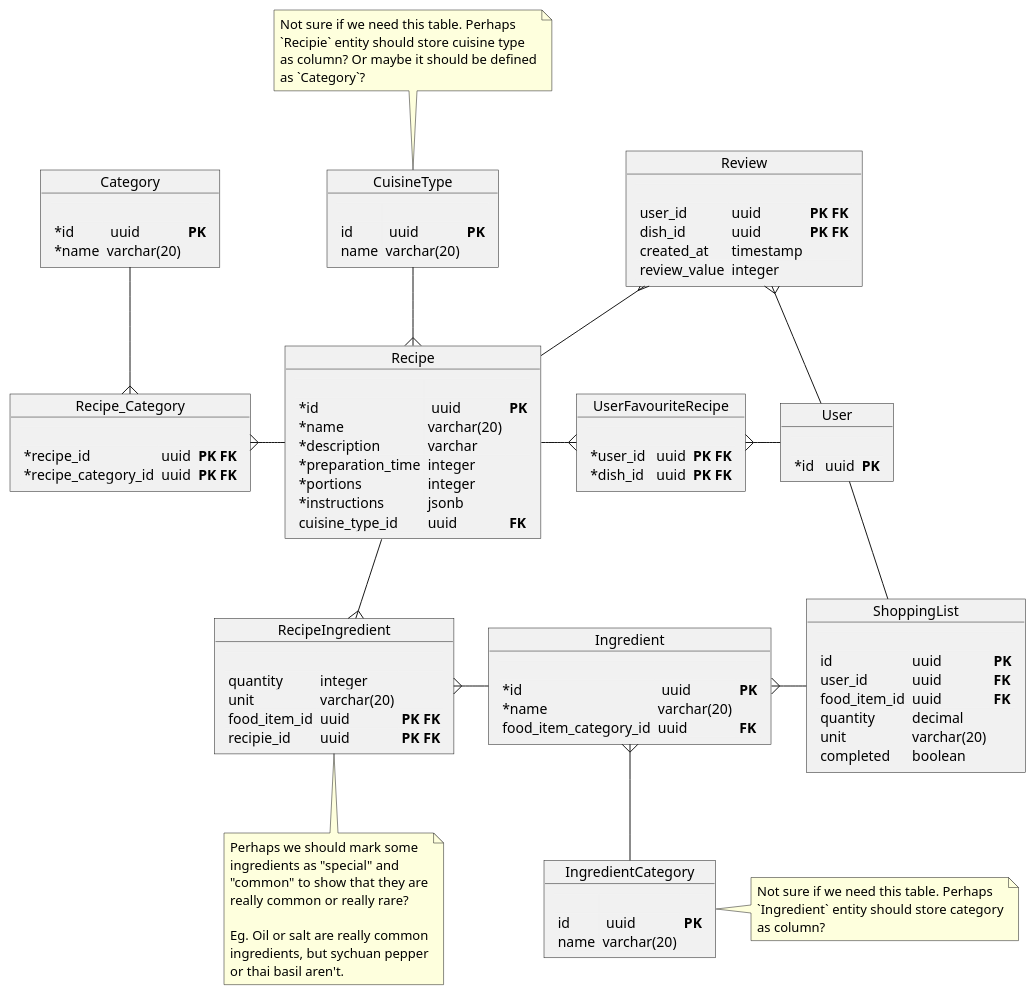
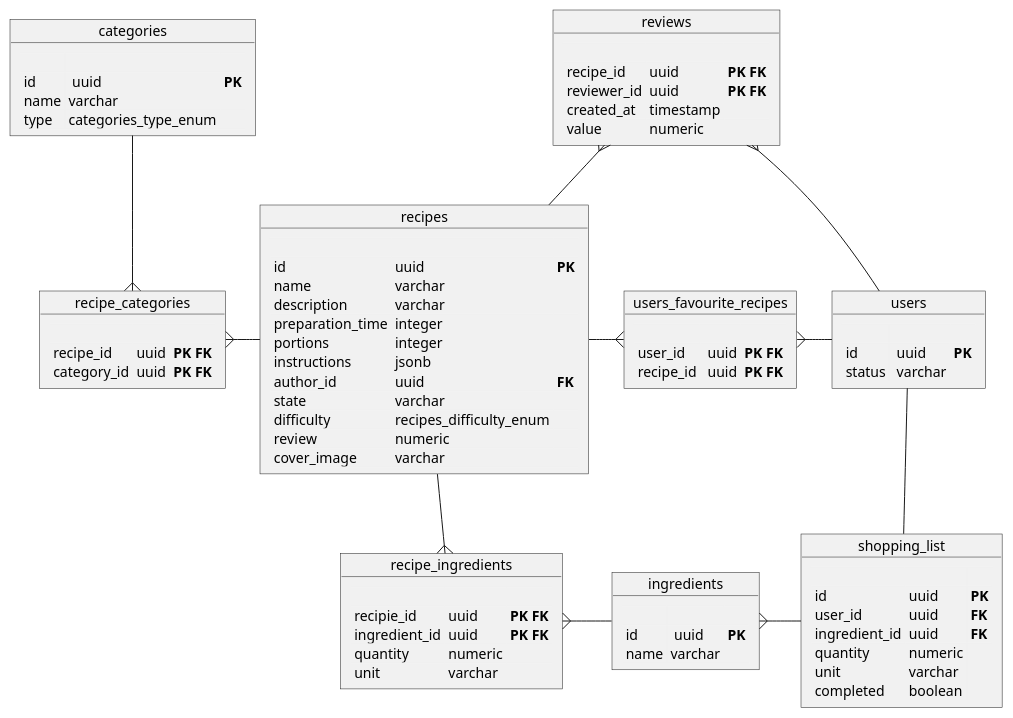
Before and after one commit to oskarski/inzynierka: the diagram in docs/db-schema.puml, drawn with PlantUML.

Commit message:
updated db schema to match the implementation

```diff
--- a/docs/db-schema.puml
+++ b/docs/db-schema.puml
@@ -1,117 +1,85 @@
 @startuml
-object Recipe  {
+object recipes  {
     <#F1F1F1,#F1F1F1>|= |= |= |
-    | *id |  uuid | **PK** |
-    | *name | varchar(20) |
-    | *description | varchar |
-    | *preparation_time | integer |
-    | *portions | integer |
-    | *instructions | jsonb |
-    | cuisine_type_id | uuid | **FK** |
+    | id | uuid | **PK** |
+    | name | varchar |
+    | description | varchar |
+    | preparation_time | integer |
+    | portions | integer |
+    | instructions | jsonb |
+    | author_id | uuid | **FK** |
+    | state | varchar |
+    | difficulty | recipes_difficulty_enum |
+    | review | numeric |
+    | cover_image | varchar |
 }
 
-object RecipeIngredient {
+object recipe_ingredients {
   <#F1F1F1,#F1F1F1>|= |= |= |
-    | quantity | integer |
-    | unit | varchar(20) |
-    | food_item_id | uuid| **PK** **FK** |
     | recipie_id | uuid | **PK** **FK** |
+    | ingredient_id | uuid | **PK** **FK** |
+    | quantity | numeric |
+    | unit | varchar |
 }
 
-note bottom of RecipeIngredient
-    Perhaps we should mark some
-    ingredients as "special" and
-    "common" to show that they are
-    really common or really rare?
 
-    Eg. Oil or salt are really common
-    ingredients, but sychuan pepper
-    or thai basil aren't.
-end note
-
-object Ingredient {
+object ingredients {
   <#F1F1F1,#F1F1F1>|= |= |= |
-    | *id |  uuid | **PK** |
-    | *name | varchar(20) |
-    | food_item_category_id | uuid | **FK** |
+    | id |  uuid | **PK** |
+    | name | varchar |
 }
 
-object IngredientCategory {
-  <#F1F1F1,#F1F1F1>|= |= |= |
+object categories {
+    <#F1F1F1,#F1F1F1>|= |= |= |
     | id |  uuid | **PK** |
-    | name | varchar(20) |
+    | name | varchar |
+    | type | categories_type_enum |
 }
 
-note right of IngredientCategory
-    Not sure if we need this table. Perhaps
-    `Ingredient` entity should store category
-    as column?
-end note
+object recipe_categories {
+    <#F1F1F1,#F1F1F1>|= |= |= |
+    | recipe_id | uuid | **PK FK** |
+    | category_id | uuid | **PK FK** |
+}
 
-object CuisineType {
+object users {
     <#F1F1F1,#F1F1F1>|= |= |= |
     | id |  uuid | **PK** |
-    | name | varchar(20) |
+    | status |  varchar |
 }
 
-note top of CuisineType
-    Not sure if we need this table. Perhaps
-    `Recipie` entity should store cuisine type
-    as column? Or maybe it should be defined
-    as `Category`?
-end note
-
-object Category {
+object users_favourite_recipes {
     <#F1F1F1,#F1F1F1>|= |= |= |
-    | *id |  uuid | **PK** |
-    | *name | varchar(20) |
+    | user_id |  uuid | **PK FK** |
+    | recipe_id |  uuid | **PK FK** |
 }
 
-object Recipe_Category {
+object reviews {
     <#F1F1F1,#F1F1F1>|= |= |= |
-    | *recipe_id | uuid | **PK FK** |
-    | *recipe_category_id | uuid | **PK FK** |
+    | recipe_id | uuid | **PK FK** |
+    | reviewer_id | uuid | **PK FK** |
+    | created_at | timestamp | |
+    | value | numeric | |
 }
 
-object User {
-    <#F1F1F1,#F1F1F1>|= |= |= |
-    | *id |  uuid | **PK** |
-}
-
-object UserFavouriteRecipe {
-    <#F1F1F1,#F1F1F1>|= |= |= |
-    | *user_id |  uuid | **PK FK** |
-    | *dish_id |  uuid | **PK FK** |
-}
-
-object Review {
-    <#F1F1F1,#F1F1F1>|= |= |= |
-    | user_id | uuid | **PK FK** |
-    | dish_id | uuid | **PK FK** |
-    | created_at | timestamp | |
-    | review_value | integer | |
-}
-
-object ShoppingList {
+object shopping_list {
     <#F1F1F1,#F1F1F1>|= |= |= |
     | id | uuid | **PK** |
     | user_id | uuid | **FK** |
-    | food_item_id | uuid | **FK** |
-    | quantity | decimal | |
-    | unit | varchar(20) | |
-    | completed | boolean | |
+    | ingredient_id | uuid | **FK** |
+    | quantity | numeric |
+    | unit | varchar |
+    | completed | boolean |
 }
 
-Recipe -down-{ RecipeIngredient
-RecipeIngredient }-right- Ingredient
-Ingredient }-- IngredientCategory
-Recipe }-up- CuisineType
-Recipe -left-{ Recipe_Category
-Recipe_Category }-up- Category
-Recipe -right-{ UserFavouriteRecipe
-UserFavouriteRecipe }-right- User
-Recipe -up-{ Review
-Review }-down- User
-User -- ShoppingList
-ShoppingList -left-{ Ingredient
+recipes -down-{ recipe_ingredients
+recipe_ingredients }-right- ingredients
+recipes -left-{ recipe_categories
+recipe_categories }-up- categories
+recipes -right-{ users_favourite_recipes
+users_favourite_recipes }-right- users
+recipes -up-{ reviews
+reviews }-down- users
+users -- shopping_list
+shopping_list -left-{ ingredients
 @enduml
```
